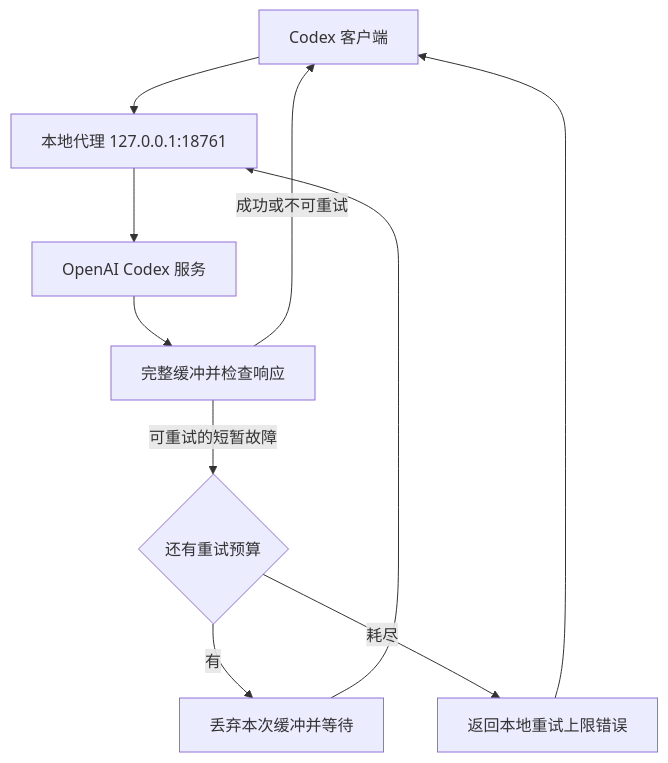
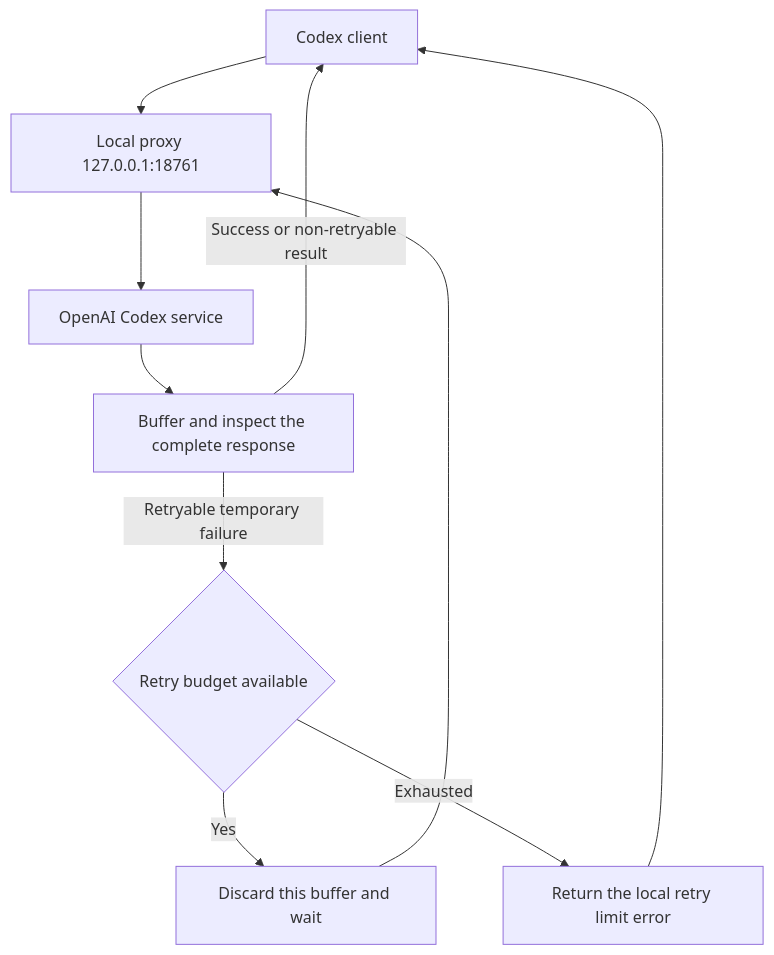
One commit to shenmuegit/codex-transient-retry changed the diagram in README.md. Above: the diagram before and after it, drawn with Mermaid. The commit also changed other lines of this file and 2 other files, not shown here.

````diff
--- a/README.md
+++ b/README.md
@@ -96,12 +98,12 @@
 ```mermaid
 flowchart TD
-    C[Codex 客户端] --> P[本地代理 127.0.0.1:18761]
-    P --> U[OpenAI Codex 服务]
-    U --> B[完整缓冲并检查响应]
-    B -->|成功或不可重试| C
-    B -->|可重试的短暂故障| R{还有重试预算}
-    R -->|有| W[丢弃本次缓冲并等待]
+    C[Codex client] --> P[Local proxy 127.0.0.1:18761]
+    P --> U[OpenAI Codex service]
+    U --> B[Buffer and inspect the complete response]
+    B -->|Success or non-retryable result| C
+    B -->|Retryable temporary failure| R{Retry budget available}
+    R -->|Yes| W[Discard this buffer and wait]
     W --> P
-    R -->|耗尽| E[返回本地重试上限错误]
+    R -->|Exhausted| E[Return the local retry limit error]
     E --> C
 ```
````
